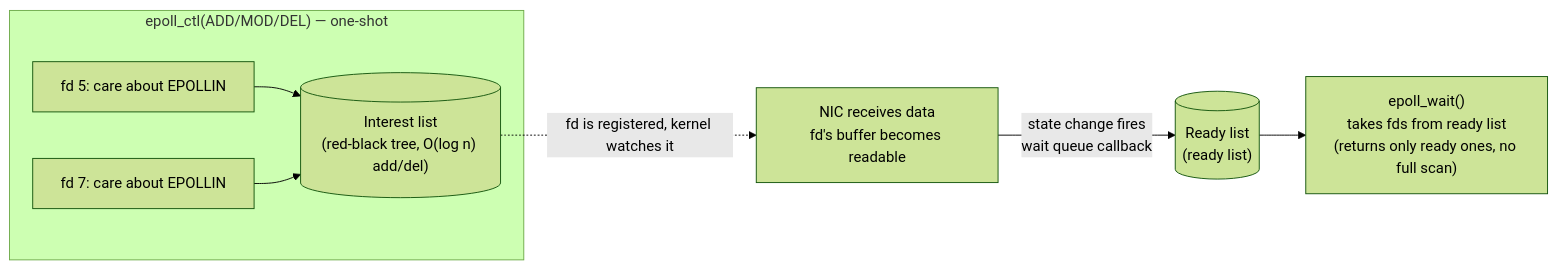
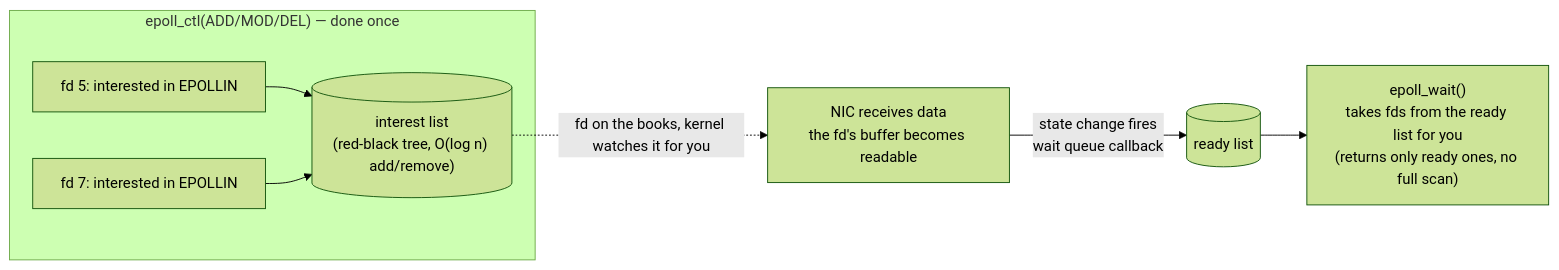
One commit to Awesome-Embedded-Learning-Studio/Tutorial_AwesomeModernCPP changed the diagram in documents/en/vol8-domains/networking/02-epoll-io-multiplexing.md. Above: the diagram before and after it, drawn with Mermaid (forest theme). The commit also changed other lines of this file and 605 other files, not shown here.

````diff
--- a/documents/en/vol8-domains/networking/02-epoll-io-multiplexing.md
+++ b/documents/en/vol8-domains/networking/02-epoll-io-multiplexing.md
@@ -62,10 +68,10 @@
 ```mermaid
 flowchart LR
-    subgraph Register["epoll_ctl(ADD/MOD/DEL) — one-shot"]
-        A["fd 5: care about EPOLLIN"] --> RBT[("Interest list<br/>(red-black tree, O(log n) add/del)")]
-        B["fd 7: care about EPOLLIN"] --> RBT
+    subgraph Register["epoll_ctl(ADD/MOD/DEL) — done once"]
+        A["fd 5: interested in EPOLLIN"] --> RBT[("interest list<br/>(red-black tree, O(log n) add/remove)")]
+        B["fd 7: interested in EPOLLIN"] --> RBT
     end
-    NET["NIC receives data<br/>fd's buffer becomes readable"] -->|"state change fires<br/>wait queue callback"| RDY[("Ready list<br/>(ready list)")]
-    RBT -.->|"fd is registered, kernel watches it"| NET
-    RDY --> W["epoll_wait()<br/>takes fds from ready list<br/>(returns only ready ones, no full scan)"]
+    NET["NIC receives data<br/>the fd's buffer becomes readable"] -->|"state change fires<br/>wait queue callback"| RDY[("ready list")]
+    RBT -.->|"fd on the books, kernel watches it for you"| NET
+    RDY --> W["epoll_wait()<br/>takes fds from the ready list for you<br/>(returns only ready ones, no full scan)"]
 ```
````
